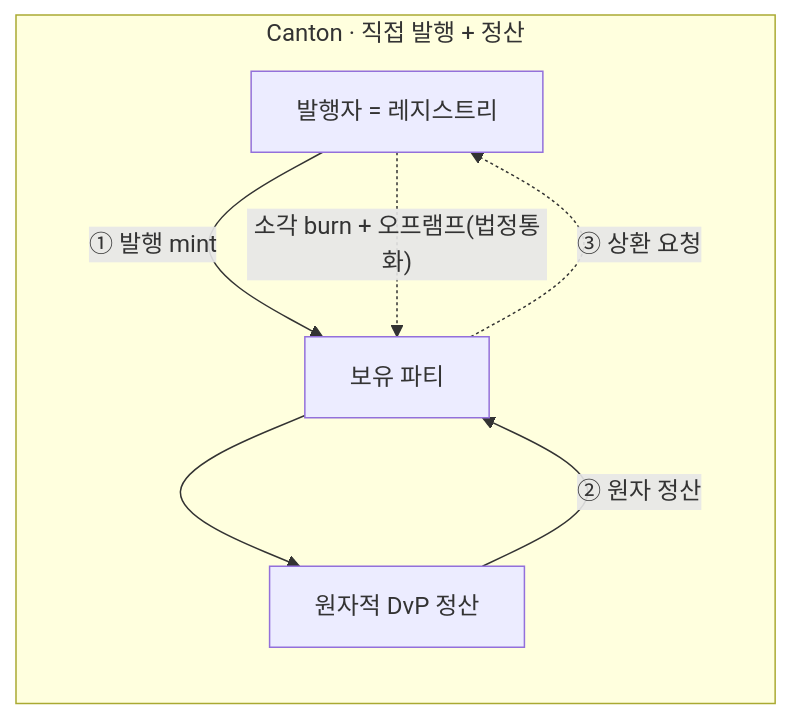
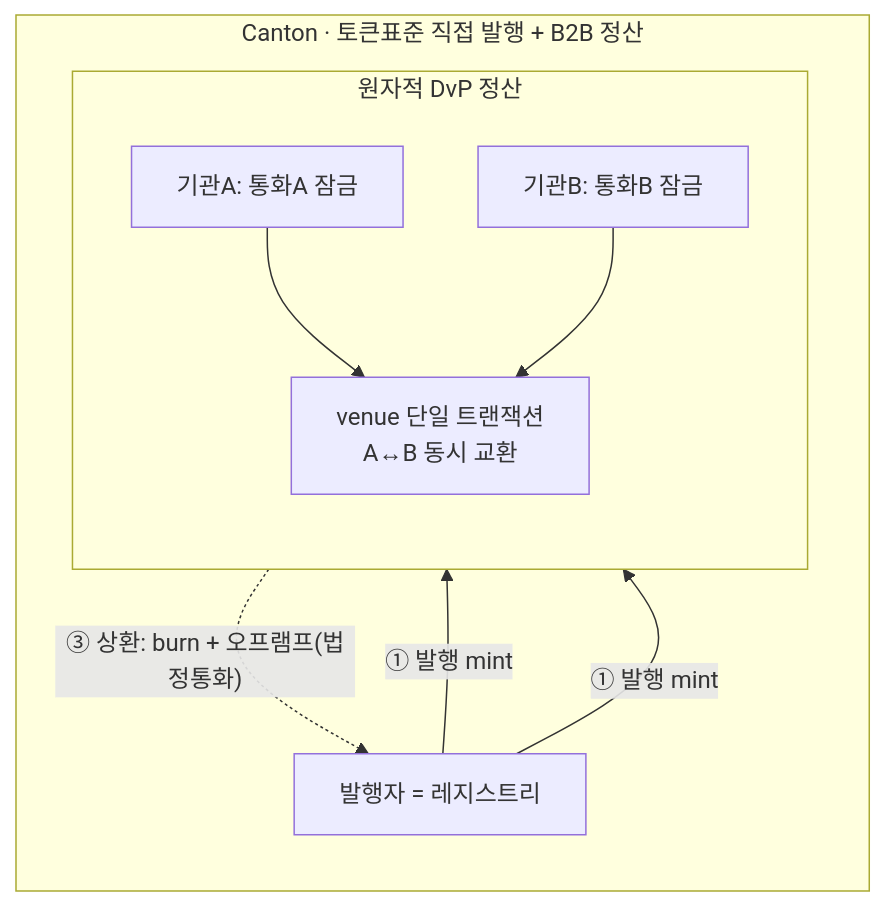
The third of 3 diagrams in wiki/notes/token-issuance-bridge-patterns.md (eunsujeo/canton-docs), drawn with Mermaid before and after one commit. The commit also changed other lines of this file, not shown here.

````diff
--- a/wiki/notes/token-issuance-bridge-patterns.md
+++ b/wiki/notes/token-issuance-bridge-patterns.md
@@ -81,13 +90,17 @@
 ```mermaid
 flowchart LR
-  subgraph CAN2["Canton · 직접 발행 + 정산"]
+  subgraph CAN2["Canton · 토큰표준 직접 발행 + B2B 정산"]
     ISS2["발행자 = 레지스트리"]
-    P["보유 파티"]
-    DVP2["원자적 DvP 정산"]
+    subgraph DVP2["원자적 DvP 정산"]
+      direction TB
+      AL2["기관A: 통화A 잠금"]
+      BL2["기관B: 통화B 잠금"]
+      EX2["venue 단일 트랜잭션<br/>A↔B 동시 교환"]
+      AL2 --> EX2
+      BL2 --> EX2
+    end
   end
-  ISS2 -->|"① 발행 mint"| P
-  P --> DVP2
-  DVP2 -->|"② 원자 정산"| P
-  P -.->|"③ 상환 요청"| ISS2
-  ISS2 -.->|"소각 burn + 오프램프(법정통화)"| P
+  ISS2 -->|"① 발행 mint"| AL2
+  ISS2 -->|"① 발행 mint"| BL2
+  EX2 -.->|"③ 상환: burn + 오프램프(법정통화)"| ISS2
 ```
````
